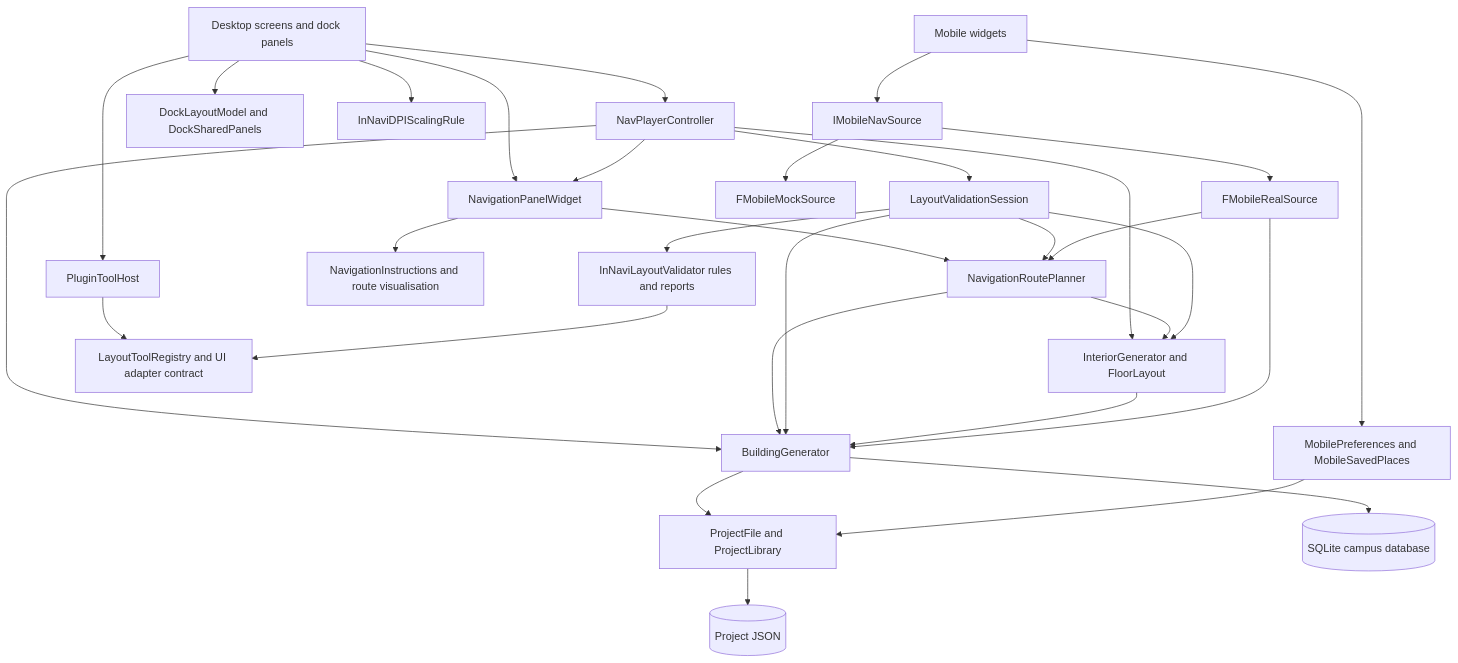
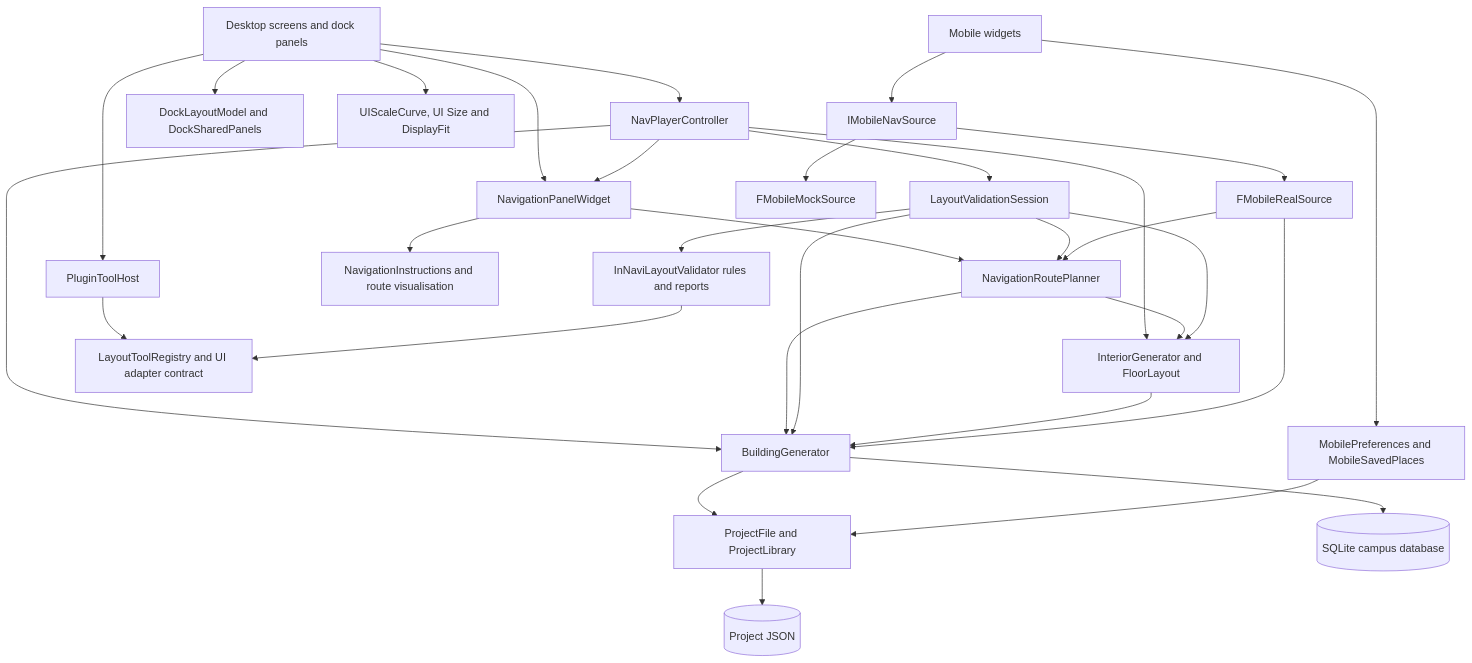
One commit to GYQ-SIT/Pathfinder-InNav changed the diagram in docs/architecture.md. Above: the diagram before and after it, drawn with Mermaid. The commit also changed other lines of this file and 15 other files, not shown here.

````diff
--- a/docs/architecture.md
+++ b/docs/architecture.md
@@ -64,33 +64,33 @@
 ```mermaid
 flowchart TD
     Screens[Desktop screens and dock panels] --> PC[NavPlayerController]
     Screens --> Dock[DockLayoutModel and DockSharedPanels]
     Screens --> Nav[NavigationPanelWidget]
     Screens --> Host[PluginToolHost]
-    Screens --> DPI[InNaviDPIScalingRule]
+    Screens --> DPI[UIScaleCurve, UI Size and DisplayFit]
     PC --> Nav
     PC --> Gen[InteriorGenerator and FloorLayout]
     PC --> Data[BuildingGenerator]
     PC --> Session[LayoutValidationSession]
     Nav --> Planner[NavigationRoutePlanner]
     Nav --> Guidance[NavigationInstructions and route visualisation]
     Planner --> Gen
     Planner --> Data
     Session --> Gen
     Session --> Data
     Session --> Planner
     Session --> Plugin[InNaviLayoutValidator rules and reports]
     Host --> Registry[LayoutToolRegistry and UI adapter contract]
     Plugin --> Registry
     Gen --> Data
     Data --> Files[ProjectFile and ProjectLibrary]
     Data --> DB[(SQLite campus database)]
     Files --> JSON[(Project JSON)]
     Phone[Mobile widgets] --> Source[IMobileNavSource]
     Source --> Real[FMobileRealSource]
     Source --> Mock[FMobileMockSource]
     Real --> Data
     Real --> Planner
     Phone --> Prefs[MobilePreferences and MobileSavedPlaces]
     Prefs --> Files
 ```
````
